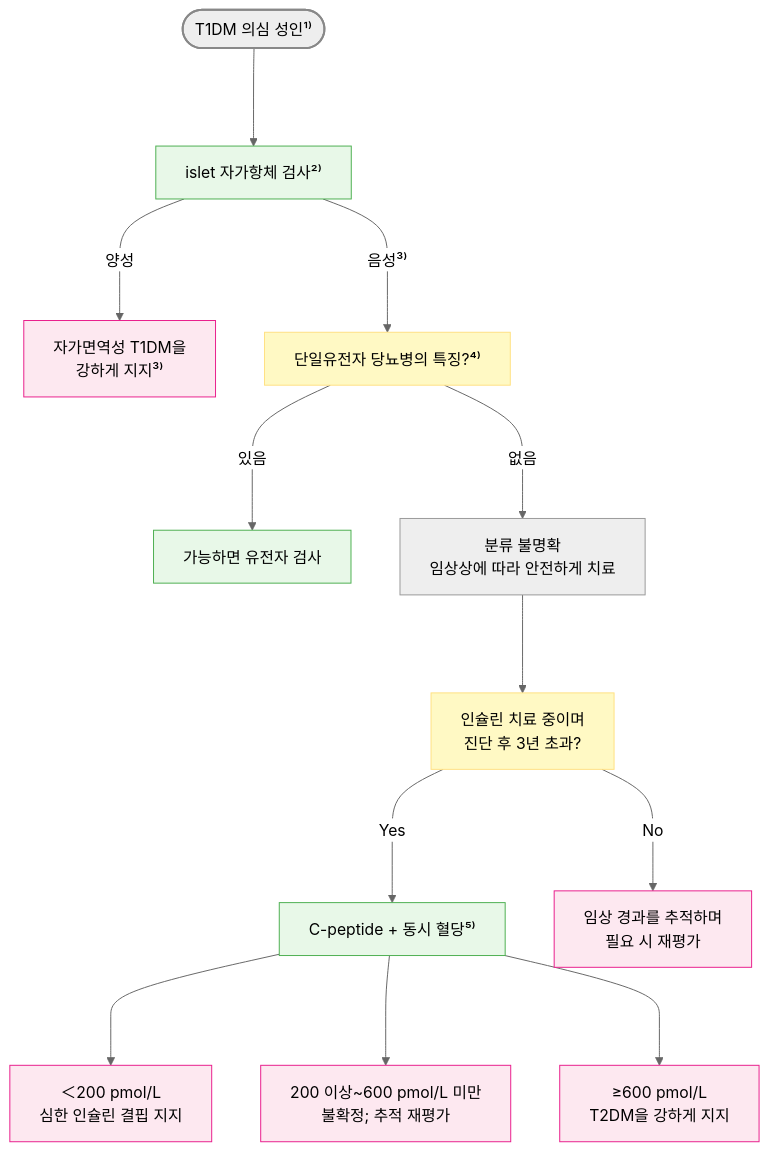
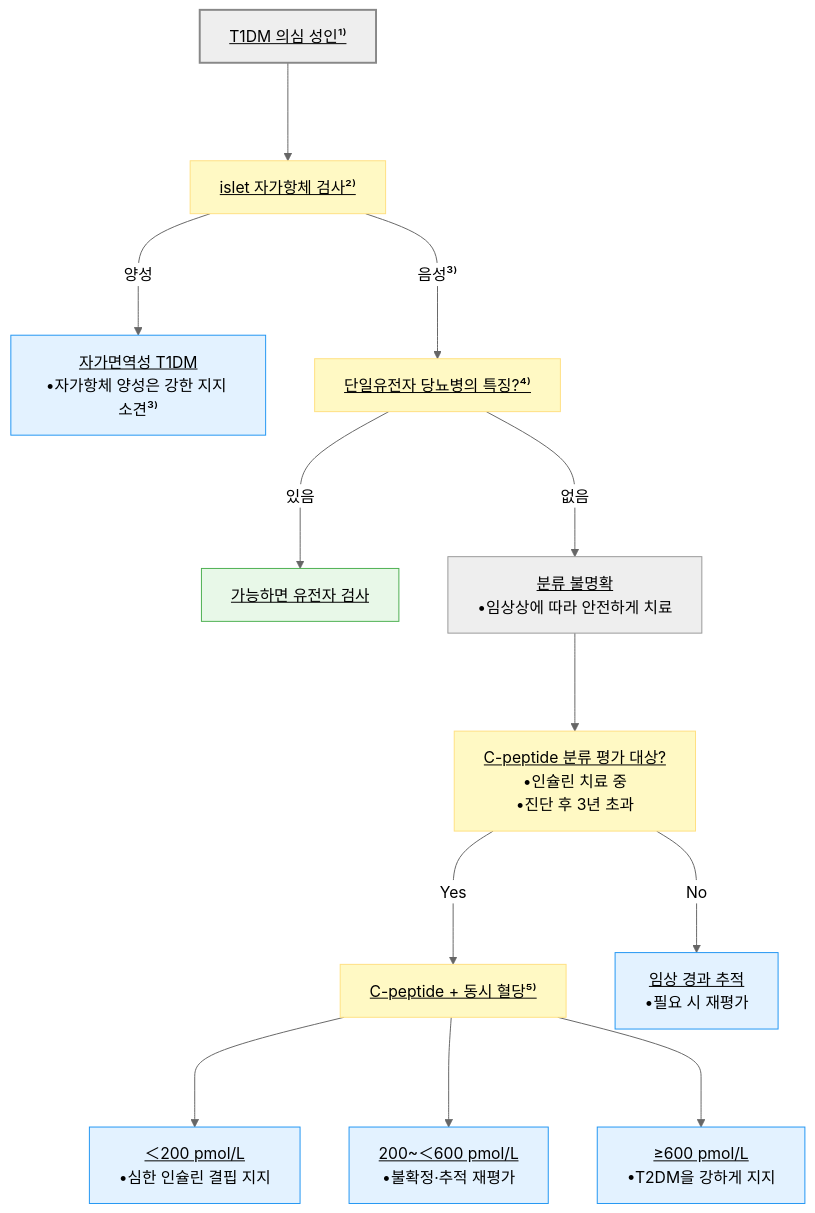
Before and after one commit to familyoh77/familyoh77: the first of 4 diagrams in 226_/100_-diabetes-mellitus.md, drawn with Mermaid (neutral theme). The commit also changed other lines of this file and 9 other files, not shown here.

````diff
--- a/226_/100_-diabetes-mellitus.md
+++ b/226_/100_-diabetes-mellitus.md
@@ -204,35 +204,35 @@
 ```mermaid
 graph TD
-Start([T1DM 의심 성인¹⁾])
-Islet[islet 자가항체 검사²⁾]
-T1Support[자가면역성 T1DM을<br>강하게 지지³⁾]
-MonoCheck[단일유전자 당뇨병의 특징?⁴⁾]
-GeneTest[가능하면 유전자 검사]
-Unclear[분류 불명확<br>임상상에 따라 안전하게 치료]
-InsulinCheck[인슐린 치료 중이며<br>진단 후 3년 초과?]
-Cpep[C-peptide + 동시 혈당⁵⁾]
-Low[＜200 pmol/L<br>심한 인슐린 결핍 지지]
-Mid[200 이상~600 pmol/L 미만<br>불확정; 추적 재평가]
-High[≥600 pmol/L<br>T2DM을 강하게 지지]
-Follow[임상 경과를 추적하며<br>필요 시 재평가]
+Start["<u>T1DM 의심 성인¹⁾</u>"]
+Islet["<u>islet 자가항체 검사²⁾</u>"]
+T1Support["<u>자가면역성 T1DM</u><br/>•자가항체 양성은 강한 지지 소견³⁾"]
+MonoCheck["<u>단일유전자 당뇨병의 특징?⁴⁾</u>"]
+GeneTest["<u>가능하면 유전자 검사</u>"]
+Unclear["<u>분류 불명확</u><br/>•임상상에 따라 안전하게 치료"]
+InsulinCheck["<u>C-peptide 분류 평가 대상?</u><br/>•인슐린 치료 중<br/>•진단 후 3년 초과"]
+Cpep["<u>C-peptide + 동시 혈당⁵⁾</u>"]
+Low["<u>＜200 pmol/L</u><br/>•심한 인슐린 결핍 지지"]
+Mid["<u>200~＜600 pmol/L</u><br/>•불확정·추적 재평가"]
+High["<u>≥600 pmol/L</u><br/>•T2DM을 강하게 지지"]
+Follow["<u>임상 경과 추적</u><br/>•필요 시 재평가"]
 
 Start ---> Islet
 Islet --->|양성| T1Support
 Islet --->|음성³⁾| MonoCheck
 MonoCheck --->|있음| GeneTest
 MonoCheck --->|없음| Unclear
 Unclear ---> InsulinCheck
 InsulinCheck --->|Yes| Cpep
 InsulinCheck --->|No| Follow
 Cpep ---> Low
 Cpep ---> Mid
 Cpep ---> High
 
 style Start fill:#eeeeee,stroke:#888888,stroke-width:2px
 classDef lightGreen fill:#e8f8e8,stroke:#4caf50
-class Islet,GeneTest,Cpep lightGreen
-classDef yellow fill:#fff9c4,stroke:#ffe082
-class MonoCheck,InsulinCheck yellow
-classDef pink fill:#fde8f0,stroke:#e91e8c
-class T1Support,Low,Mid,High,Follow pink
+class GeneTest lightGreen
+classDef question fill:#fff9c4,stroke:#ffe082
+class MonoCheck,InsulinCheck,Islet,Cpep question
+classDef result fill:#e3f2ff,stroke:#2196f3
+class T1Support,Low,Mid,High,Follow result
 ```
````
